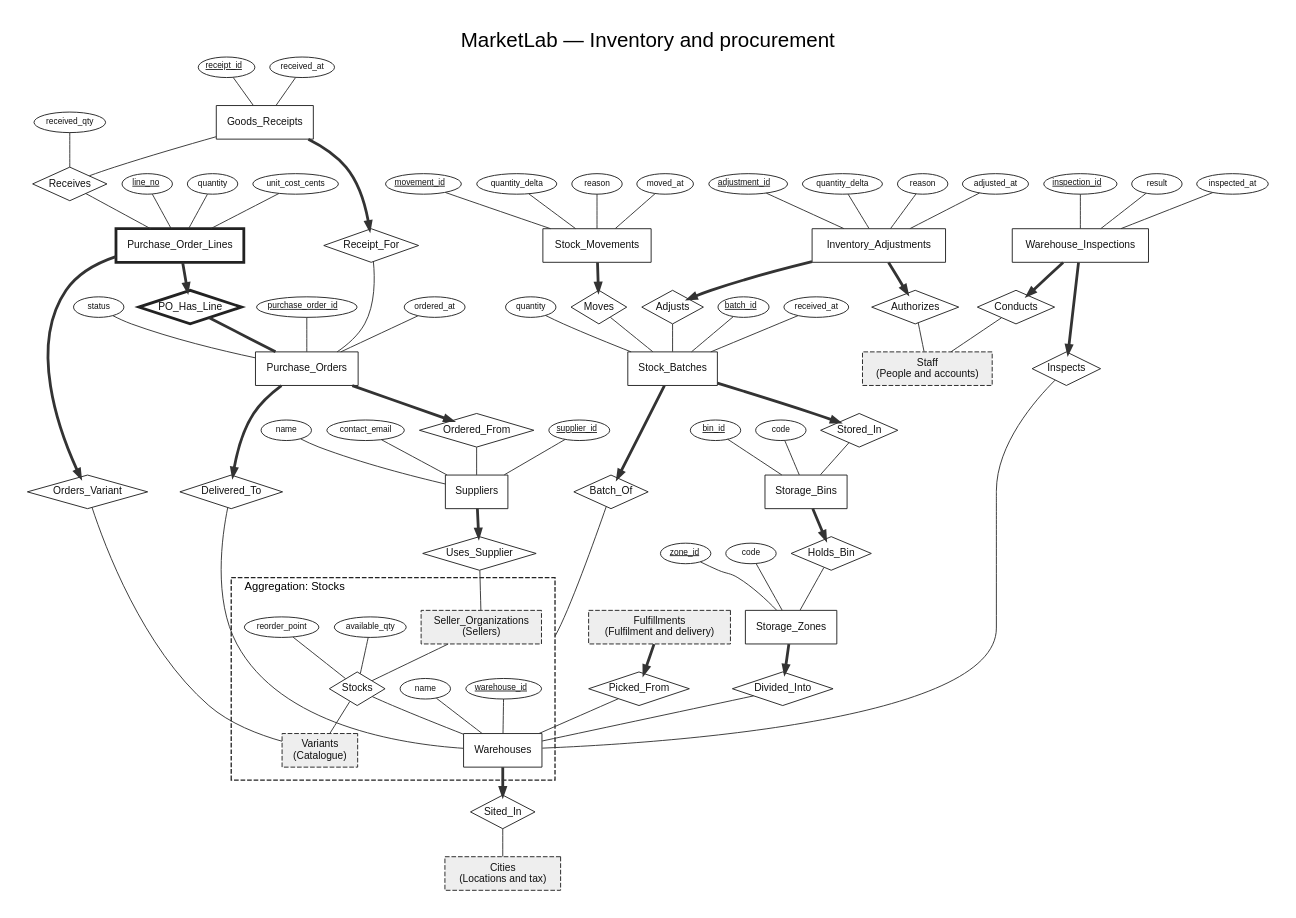
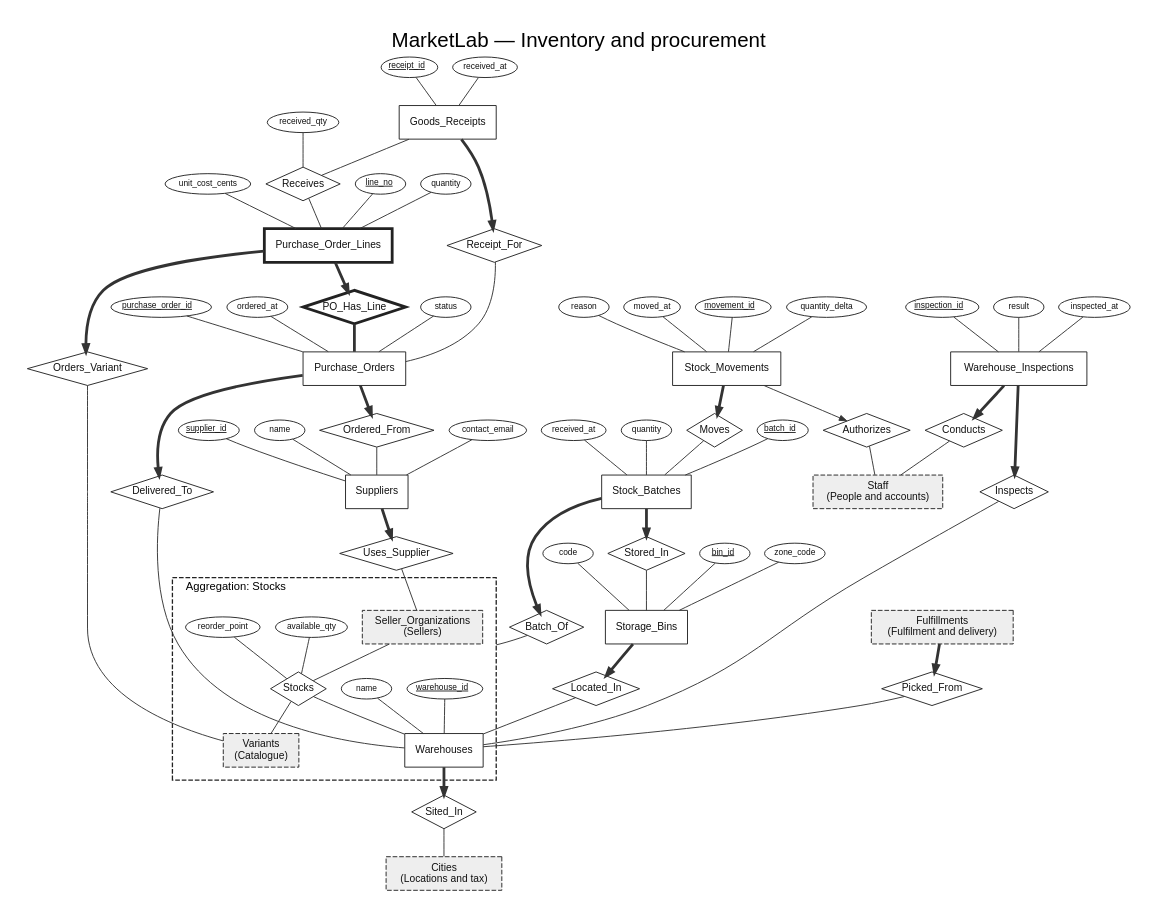
The diagram in docs/er/area-inventory.dot (Barlassen/CS_202_Project), drawn with Graphviz before and after one commit. The commit also changed 50 other files, not shown here.

```diff
--- a/docs/er/area-inventory.dot
+++ b/docs/er/area-inventory.dot
@@ -1,154 +1,136 @@
 digraph ER {
 graph [compound=true, rankdir=TB, newrank=true, nodesep=0.22, ranksep=0.42, fontname="Helvetica", fontsize=22, labelloc=t, label="MarketLab — Inventory and procurement", pad=0.3];
 node [fontname="Helvetica", fontsize=11, color="#222222", fontcolor="#111111"];
 edge [color="#333333", arrowsize=0.8, fontname="Helvetica", fontsize=9];
 E_cities [shape=box, style="filled,dashed", fillcolor="#eeeeee", penwidth=1, label="Cities
 (Locations and tax)"];
 E_fulfillments [shape=box, style="filled,dashed", fillcolor="#eeeeee", penwidth=1, label="Fulfillments
 (Fulfilment and delivery)"];
 E_goods_receipts [shape=box, penwidth=1, label="Goods_Receipts"];
 A__goods_receipts__receipt_id [shape=ellipse, fontsize=9, margin="0.04,0.02", height=0.3, label=<<U>receipt_id</U>>];
 A__goods_receipts__receipt_id -> E_goods_receipts [dir=none];
 A__goods_receipts__received_at [shape=ellipse, fontsize=9, margin="0.04,0.02", height=0.3, label="received_at"];
 A__goods_receipts__received_at -> E_goods_receipts [dir=none];
-E_inventory_adjustments [shape=box, penwidth=1, label="Inventory_Adjustments"];
-A__inventory_adjustments__adjustment_id [shape=ellipse, fontsize=9, margin="0.04,0.02", height=0.3, label=<<U>adjustment_id</U>>];
-A__inventory_adjustments__adjustment_id -> E_inventory_adjustments [dir=none];
-A__inventory_adjustments__quantity_delta [shape=ellipse, fontsize=9, margin="0.04,0.02", height=0.3, label="quantity_delta"];
-A__inventory_adjustments__quantity_delta -> E_inventory_adjustments [dir=none];
-A__inventory_adjustments__reason [shape=ellipse, fontsize=9, margin="0.04,0.02", height=0.3, label="reason"];
-A__inventory_adjustments__reason -> E_inventory_adjustments [dir=none];
-A__inventory_adjustments__adjusted_at [shape=ellipse, fontsize=9, margin="0.04,0.02", height=0.3, label="adjusted_at"];
-A__inventory_adjustments__adjusted_at -> E_inventory_adjustments [dir=none];
 E_purchase_order_lines [shape=box, penwidth=3, label="Purchase_Order_Lines"];
 P__purchase_order_lines__line_no [shape=ellipse, fontsize=9, margin="0.04,0.02", height=0.3, label=<<U>line_no</U>>];
 P__purchase_order_lines__line_no -> E_purchase_order_lines [dir=none];
 A__purchase_order_lines__quantity [shape=ellipse, fontsize=9, margin="0.04,0.02", height=0.3, label="quantity"];
 A__purchase_order_lines__quantity -> E_purchase_order_lines [dir=none];
 A__purchase_order_lines__unit_cost_cents [shape=ellipse, fontsize=9, margin="0.04,0.02", height=0.3, label="unit_cost_cents"];
 A__purchase_order_lines__unit_cost_cents -> E_purchase_order_lines [dir=none];
 E_purchase_orders [shape=box, penwidth=1, label="Purchase_Orders"];
 A__purchase_orders__purchase_order_id [shape=ellipse, fontsize=9, margin="0.04,0.02", height=0.3, label=<<U>purchase_order_id</U>>];
 A__purchase_orders__purchase_order_id -> E_purchase_orders [dir=none];
 A__purchase_orders__ordered_at [shape=ellipse, fontsize=9, margin="0.04,0.02", height=0.3, label="ordered_at"];
 A__purchase_orders__ordered_at -> E_purchase_orders [dir=none];
 A__purchase_orders__status [shape=ellipse, fontsize=9, margin="0.04,0.02", height=0.3, label="status"];
 A__purchase_orders__status -> E_purchase_orders [dir=none];
 E_staff [shape=box, style="filled,dashed", fillcolor="#eeeeee", penwidth=1, label="Staff
 (People and accounts)"];
 E_stock_batches [shape=box, penwidth=1, label="Stock_Batches"];
 A__stock_batches__batch_id [shape=ellipse, fontsize=9, margin="0.04,0.02", height=0.3, label=<<U>batch_id</U>>];
 A__stock_batches__batch_id -> E_stock_batches [dir=none];
 A__stock_batches__received_at [shape=ellipse, fontsize=9, margin="0.04,0.02", height=0.3, label="received_at"];
 A__stock_batches__received_at -> E_stock_batches [dir=none];
 A__stock_batches__quantity [shape=ellipse, fontsize=9, margin="0.04,0.02", height=0.3, label="quantity"];
 A__stock_batches__quantity -> E_stock_batches [dir=none];
 E_stock_movements [shape=box, penwidth=1, label="Stock_Movements"];
 A__stock_movements__movement_id [shape=ellipse, fontsize=9, margin="0.04,0.02", height=0.3, label=<<U>movement_id</U>>];
 A__stock_movements__movement_id -> E_stock_movements [dir=none];
 A__stock_movements__quantity_delta [shape=ellipse, fontsize=9, margin="0.04,0.02", height=0.3, label="quantity_delta"];
 A__stock_movements__quantity_delta -> E_stock_movements [dir=none];
 A__stock_movements__reason [shape=ellipse, fontsize=9, margin="0.04,0.02", height=0.3, label="reason"];
 A__stock_movements__reason -> E_stock_movements [dir=none];
 A__stock_movements__moved_at [shape=ellipse, fontsize=9, margin="0.04,0.02", height=0.3, label="moved_at"];
 A__stock_movements__moved_at -> E_stock_movements [dir=none];
 E_storage_bins [shape=box, penwidth=1, label="Storage_Bins"];
 A__storage_bins__bin_id [shape=ellipse, fontsize=9, margin="0.04,0.02", height=0.3, label=<<U>bin_id</U>>];
 A__storage_bins__bin_id -> E_storage_bins [dir=none];
+A__storage_bins__zone_code [shape=ellipse, fontsize=9, margin="0.04,0.02", height=0.3, label="zone_code"];
+A__storage_bins__zone_code -> E_storage_bins [dir=none];
 A__storage_bins__code [shape=ellipse, fontsize=9, margin="0.04,0.02", height=0.3, label="code"];
 A__storage_bins__code -> E_storage_bins [dir=none];
-E_storage_zones [shape=box, penwidth=1, label="Storage_Zones"];
-A__storage_zones__zone_id [shape=ellipse, fontsize=9, margin="0.04,0.02", height=0.3, label=<<U>zone_id</U>>];
-A__storage_zones__zone_id -> E_storage_zones [dir=none];
-A__storage_zones__code [shape=ellipse, fontsize=9, margin="0.04,0.02", height=0.3, label="code"];
-A__storage_zones__code -> E_storage_zones [dir=none];
 E_suppliers [shape=box, penwidth=1, label="Suppliers"];
 A__suppliers__supplier_id [shape=ellipse, fontsize=9, margin="0.04,0.02", height=0.3, label=<<U>supplier_id</U>>];
 A__suppliers__supplier_id -> E_suppliers [dir=none];
 A__suppliers__name [shape=ellipse, fontsize=9, margin="0.04,0.02", height=0.3, label="name"];
 A__suppliers__name -> E_suppliers [dir=none];
 A__suppliers__contact_email [shape=ellipse, fontsize=9, margin="0.04,0.02", height=0.3, label="contact_email"];
 A__suppliers__contact_email -> E_suppliers [dir=none];
 E_warehouse_inspections [shape=box, penwidth=1, label="Warehouse_Inspections"];
 A__warehouse_inspections__inspection_id [shape=ellipse, fontsize=9, margin="0.04,0.02", height=0.3, label=<<U>inspection_id</U>>];
 A__warehouse_inspections__inspection_id -> E_warehouse_inspections [dir=none];
 A__warehouse_inspections__result [shape=ellipse, fontsize=9, margin="0.04,0.02", height=0.3, label="result"];
 A__warehouse_inspections__result -> E_warehouse_inspections [dir=none];
 A__warehouse_inspections__inspected_at [shape=ellipse, fontsize=9, margin="0.04,0.02", height=0.3, label="inspected_at"];
 A__warehouse_inspections__inspected_at -> E_warehouse_inspections [dir=none];
 subgraph cluster_agg { style=dashed; color="#222222"; penwidth=1.4; margin=14; label="Aggregation: Stocks"; fontsize=12; labeljust=l;
 E_seller_organizations [shape=box, style="filled,dashed", fillcolor="#eeeeee", penwidth=1, label="Seller_Organizations
 (Sellers)"];
 E_variants [shape=box, style="filled,dashed", fillcolor="#eeeeee", penwidth=1, label="Variants
 (Catalogue)"];
 E_warehouses [shape=box, penwidth=1, label="Warehouses"];
 A__warehouses__warehouse_id [shape=ellipse, fontsize=9, margin="0.04,0.02", height=0.3, label=<<U>warehouse_id</U>>];
 A__warehouses__warehouse_id -> E_warehouses [dir=none];
 A__warehouses__name [shape=ellipse, fontsize=9, margin="0.04,0.02", height=0.3, label="name"];
 A__warehouses__name -> E_warehouses [dir=none];
-R98 [shape=diamond, penwidth=1, margin="0.02,0.02", label="Stocks"];
-RA98__available_qty [shape=ellipse, fontsize=9, margin="0.04,0.02", height=0.3, label="available_qty"];
-RA98__available_qty -> R98 [dir=none];
-RA98__reorder_point [shape=ellipse, fontsize=9, margin="0.04,0.02", height=0.3, label="reorder_point"];
-RA98__reorder_point -> R98 [dir=none];
-E_seller_organizations -> R98 [dir=none];
-R98 -> E_variants [dir=none];
-R98 -> E_warehouses [dir=none];
+R94 [shape=diamond, penwidth=1, margin="0.02,0.02", label="Stocks"];
+RA94__available_qty [shape=ellipse, fontsize=9, margin="0.04,0.02", height=0.3, label="available_qty"];
+RA94__available_qty -> R94 [dir=none];
+RA94__reorder_point [shape=ellipse, fontsize=9, margin="0.04,0.02", height=0.3, label="reorder_point"];
+RA94__reorder_point -> R94 [dir=none];
+E_seller_organizations -> R94 [dir=none];
+R94 -> E_variants [dir=none];
+R94 -> E_warehouses [dir=none];
 }
 R41 [shape=diamond, penwidth=1, margin="0.02,0.02", label="Sited_In"];
 E_warehouses -> R41 [dir=forward, arrowhead=normal, penwidth=3];
 R41 -> E_cities [dir=none];
-R42 [shape=diamond, penwidth=1, margin="0.02,0.02", label="Divided_Into"];
-E_storage_zones -> R42 [dir=forward, arrowhead=normal, penwidth=3];
+R42 [shape=diamond, penwidth=1, margin="0.02,0.02", label="Located_In"];
+E_storage_bins -> R42 [dir=forward, arrowhead=normal, penwidth=3];
 R42 -> E_warehouses [dir=none];
-R43 [shape=diamond, penwidth=1, margin="0.02,0.02", label="Holds_Bin"];
-E_storage_bins -> R43 [dir=forward, arrowhead=normal, penwidth=3];
-R43 -> E_storage_zones [dir=none];
+R43 [shape=diamond, penwidth=1, margin="0.02,0.02", label="Stored_In"];
+E_stock_batches -> R43 [dir=forward, arrowhead=normal, penwidth=3];
+R43 -> E_storage_bins [dir=none];
 R44 [shape=diamond, penwidth=1, margin="0.02,0.02", label="Batch_Of"];
 E_stock_batches -> R44 [dir=forward, arrowhead=normal, penwidth=3];
-R44 -> R98 [dir=none, lhead=cluster_agg, penwidth=1];
-R45 [shape=diamond, penwidth=1, margin="0.02,0.02", label="Stored_In"];
-E_stock_batches -> R45 [dir=forward, arrowhead=normal, penwidth=3];
-R45 -> E_storage_bins [dir=none];
+R44 -> R94 [dir=none, lhead=cluster_agg, penwidth=1];
+R45 [shape=diamond, penwidth=1, margin="0.02,0.02", label="Authorizes"];
+E_stock_movements -> R45 [dir=forward, arrowhead=normal];
+R45 -> E_staff [dir=none];
 R46 [shape=diamond, penwidth=1, margin="0.02,0.02", label="Moves"];
 E_stock_movements -> R46 [dir=forward, arrowhead=normal, penwidth=3];
 R46 -> E_stock_batches [dir=none];
 R47 [shape=diamond, penwidth=1, margin="0.02,0.02", label="Uses_Supplier"];
 E_suppliers -> R47 [dir=forward, arrowhead=normal, penwidth=3];
 R47 -> E_seller_organizations [dir=none];
 R48 [shape=diamond, penwidth=1, margin="0.02,0.02", label="Delivered_To"];
 E_purchase_orders -> R48 [dir=forward, arrowhead=normal, penwidth=3];
 R48 -> E_warehouses [dir=none];
 R49 [shape=diamond, penwidth=1, margin="0.02,0.02", label="Ordered_From"];
 E_purchase_orders -> R49 [dir=forward, arrowhead=normal, penwidth=3];
 R49 -> E_suppliers [dir=none];
 R50 [shape=diamond, penwidth=1, margin="0.02,0.02", label="Orders_Variant"];
 E_purchase_order_lines -> R50 [dir=forward, arrowhead=normal, penwidth=3];
 R50 -> E_variants [dir=none];
 R51 [shape=diamond, penwidth=3, margin="0.02,0.02", label="PO_Has_Line"];
 E_purchase_order_lines -> R51 [dir=forward, arrowhead=normal, penwidth=3];
 R51 -> E_purchase_orders [dir=none, penwidth=3];
 R52 [shape=diamond, penwidth=1, margin="0.02,0.02", label="Receipt_For"];
 E_goods_receipts -> R52 [dir=forward, arrowhead=normal, penwidth=3];
 R52 -> E_purchase_orders [dir=none];
 R53 [shape=diamond, penwidth=1, margin="0.02,0.02", label="Conducts"];
 E_warehouse_inspections -> R53 [dir=forward, arrowhead=normal, penwidth=3];
 R53 -> E_staff [dir=none];
 R54 [shape=diamond, penwidth=1, margin="0.02,0.02", label="Inspects"];
 E_warehouse_inspections -> R54 [dir=forward, arrowhead=normal, penwidth=3];
 R54 -> E_warehouses [dir=none];
-R55 [shape=diamond, penwidth=1, margin="0.02,0.02", label="Authorizes"];
-E_inventory_adjustments -> R55 [dir=forward, arrowhead=normal, penwidth=3];
-R55 -> E_staff [dir=none];
-R56 [shape=diamond, penwidth=1, margin="0.02,0.02", label="Adjusts"];
-E_inventory_adjustments -> R56 [dir=forward, arrowhead=normal, penwidth=3];
-R56 -> E_stock_batches [dir=none];
-R71 [shape=diamond, penwidth=1, margin="0.02,0.02", label="Picked_From"];
-E_fulfillments -> R71 [dir=forward, arrowhead=normal, penwidth=3];
-R71 -> E_warehouses [dir=none];
-R99 [shape=diamond, penwidth=1, margin="0.02,0.02", label="Receives"];
-RA99__received_qty [shape=ellipse, fontsize=9, margin="0.04,0.02", height=0.3, label="received_qty"];
-RA99__received_qty -> R99 [dir=none];
-E_goods_receipts -> R99 [dir=none];
-R99 -> E_purchase_order_lines [dir=none];
+R70 [shape=diamond, penwidth=1, margin="0.02,0.02", label="Picked_From"];
+E_fulfillments -> R70 [dir=forward, arrowhead=normal, penwidth=3];
+R70 -> E_warehouses [dir=none];
+R95 [shape=diamond, penwidth=1, margin="0.02,0.02", label="Receives"];
+RA95__received_qty [shape=ellipse, fontsize=9, margin="0.04,0.02", height=0.3, label="received_qty"];
+RA95__received_qty -> R95 [dir=none];
+E_goods_receipts -> R95 [dir=none];
+R95 -> E_purchase_order_lines [dir=none];
 }
```
